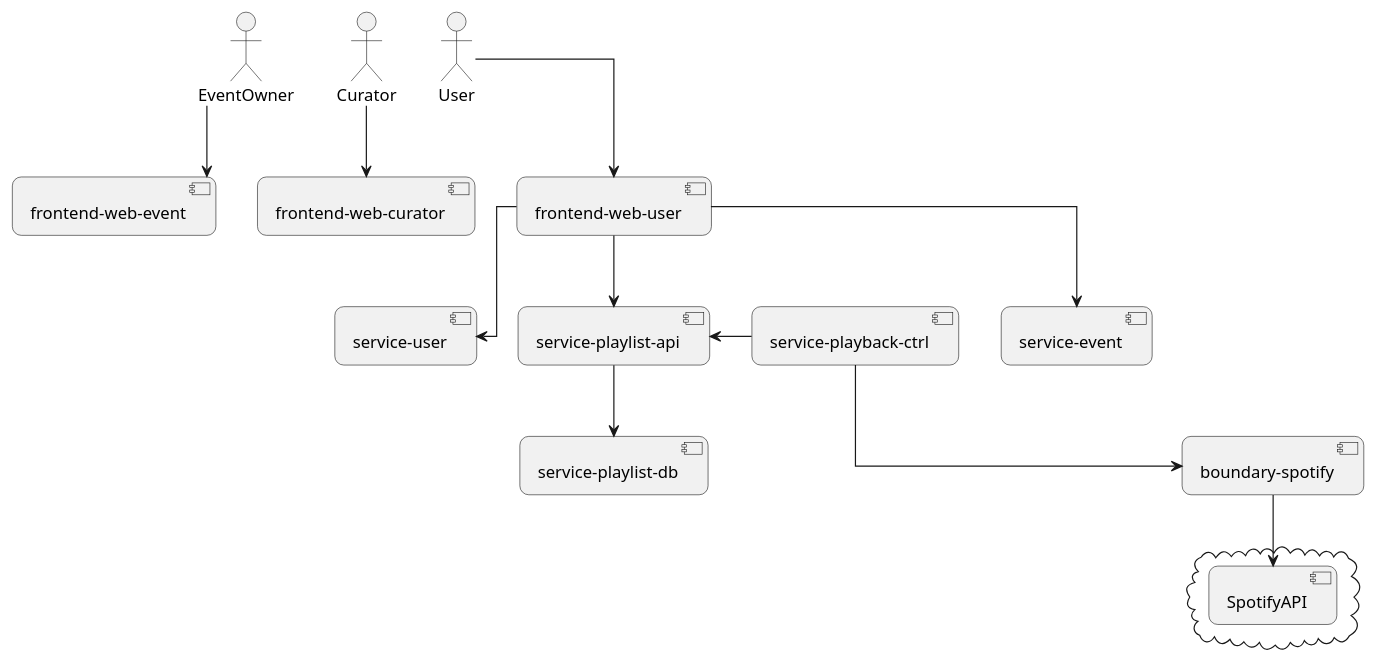
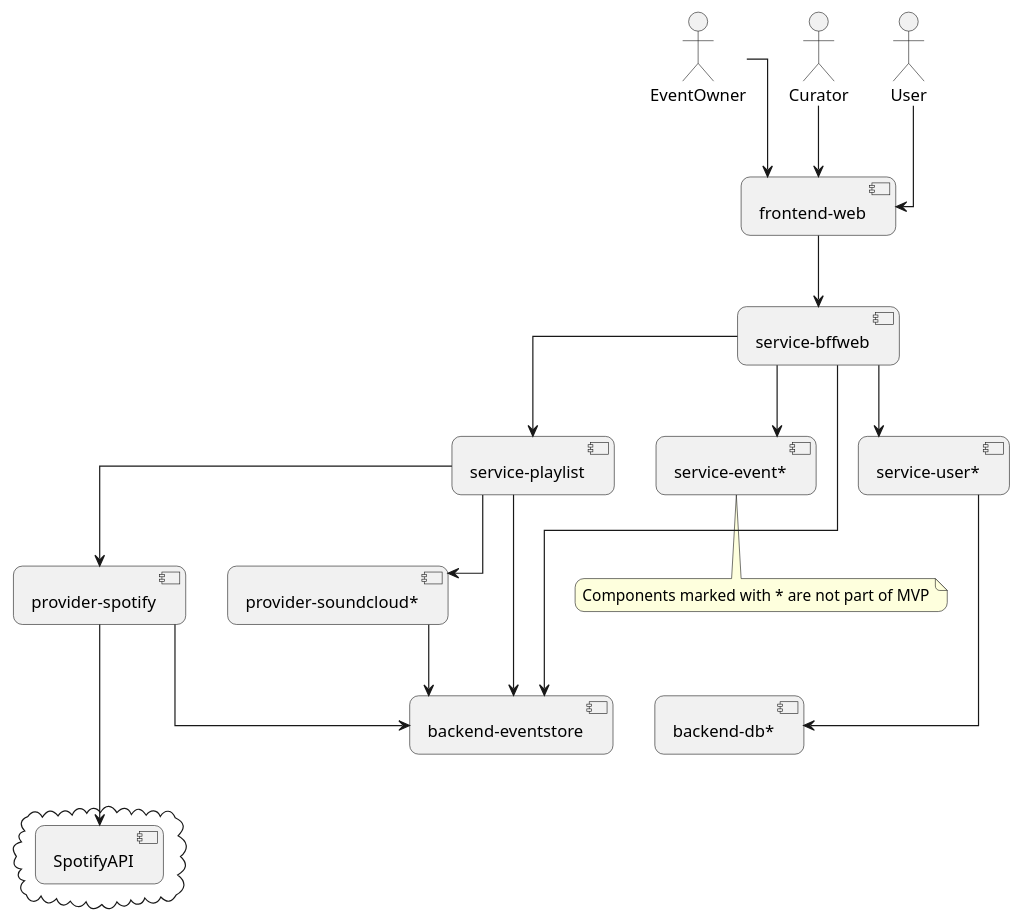
Before and after one commit to sa-mw-dach/opendj: the diagram in docs/20architecture/architectureOverview.puml, drawn with PlantUML. The commit also changed 1 other file, not shown here.

Commit message:
High Level Architecture and Design initial draft #30

```diff
--- a/docs/20architecture/architectureOverview.puml
+++ b/docs/20architecture/architectureOverview.puml
@@ -1,52 +1,60 @@
 @startuml component
 skinparam linetype ortho 
 ' skinparam linetype polyline 
 skinparam roundcorner 15
 
 together {
       actor User as user
       actor Curator as curator
       actor EventOwner as eventowner
 }
 
-together {
-      component [frontend-web-user] as frontendwebuser  
-      component [frontend-web-curator] as frontendwebcurator
-      component [frontend-web-event] as frontendwebevent
-}
+component [frontend-web] as frontendweb 
 
+component [service-bffweb] as servicebffweb 
 
 together {
-      together {
-      component [service-playlist-api] as serviceplaylistapi  
-      component [service-playlist-db] as serviceplaylistdb
-
-      }
-      component [service-user] as serviceuserapi
-      component [service-event] as serviceeventapi  
-      component [service-playback-ctrl] as serviceplaybackctrl
+      component [service-playlist] as serviceplaylist 
+      component [service-user*] as serviceuser
+      component [service-event*] as serviceevent
 }
 
 together {
-      component [boundary-spotify] as boundaryspotify  
+      component [provider-spotify] as backendspotify  
+      component [provider-soundcloud*] as backendsoundcloud  
+}
+together {
+      component [backend-eventstore] as backendeventstore
+      component [backend-db*] as backenddb
 }
 
 cloud  {
   component SpotifyAPI  as spotifyapi
 }
 
 
-user -down-> frontendwebuser
-curator -down-> frontendwebcurator
-eventowner -down-> frontendwebevent
+user -down-> frontendweb
+curator -down-> frontendweb
+eventowner -down-> frontendweb
 
-frontendwebuser -down-> serviceuserapi
-frontendwebuser -down-> serviceeventapi
-frontendwebuser -down-> serviceplaylistapi
-serviceplaylistapi -down-> serviceplaylistdb
+frontendweb -down-> servicebffweb
 
-serviceplaybackctrl -right-> serviceplaylistapi
-serviceplaybackctrl --> boundaryspotify
+servicebffweb -down-> serviceuser
+servicebffweb -down-> serviceevent
+servicebffweb -down-> serviceplaylist
+servicebffweb -down-> backendeventstore
 
-boundaryspotify --> spotifyapi 
+
+serviceplaylist -down-> backendspotify
+serviceplaylist -down-> backendsoundcloud
+serviceplaylist -down-> backendeventstore
+serviceuser -down-> backenddb
+
+backendspotify -down-> backendeventstore
+backendsoundcloud -down-> backendeventstore
+
+backendspotify -down--> spotifyapi 
+
+note bottom of serviceevent: Components marked with * are not part of MVP
+
 @enduml
```
